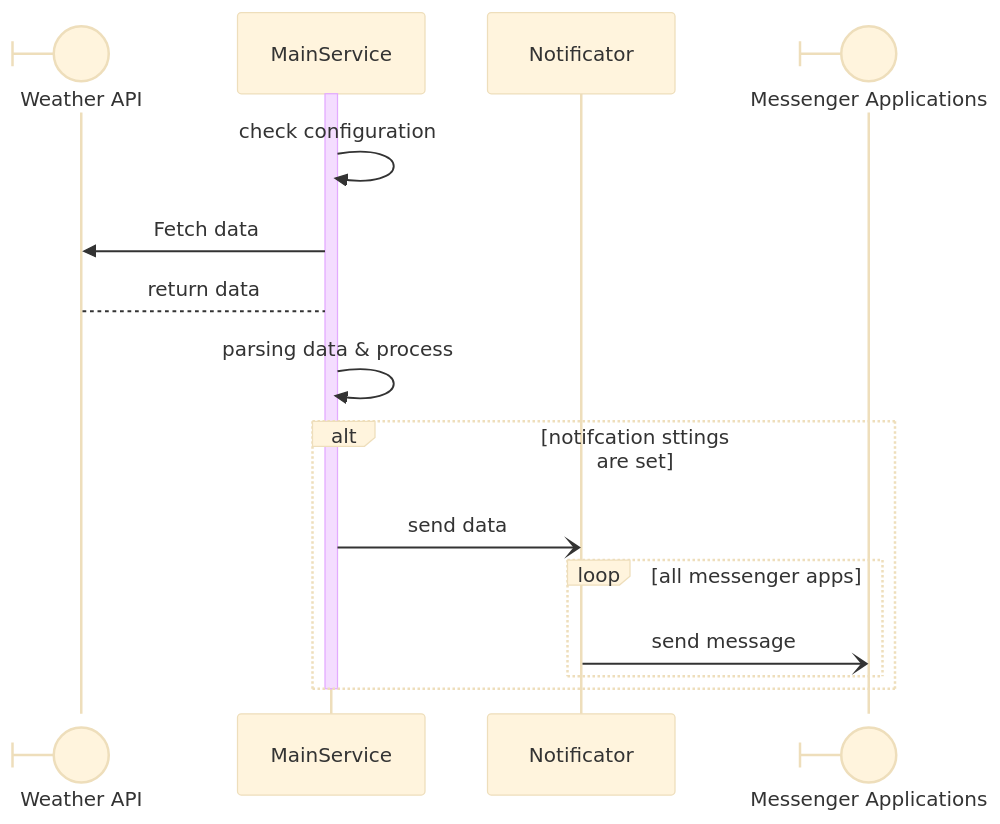
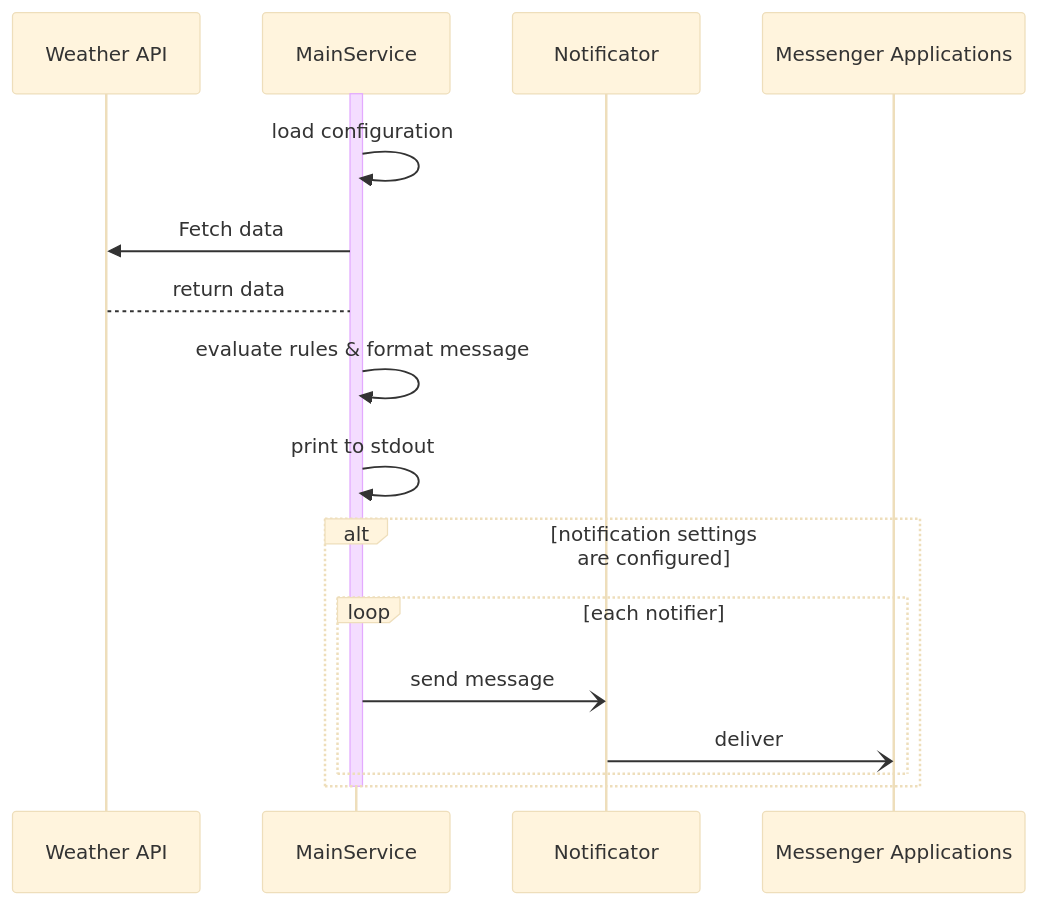
The diagram in README.md (ducminhgd/weather-bot), drawn with Mermaid (base theme) before and after one commit. The commit also changed other lines of this file and 8 other files, not shown here.

````diff
--- a/README.md
+++ b/README.md
@@ -80,20 +174,21 @@
 ```mermaid
 sequenceDiagram
-    participant Weather@{"type":"boundary"} as Weather API
+    participant Weather as Weather API
     participant MS as MainService
     participant Notificator
-    participant mApp@{"type":"boundary"} as Messenger Applications
+    participant mApp as Messenger Applications
 
     activate MS
-    MS ->> MS: check configuration
+    MS ->> MS: load configuration
     MS ->> Weather: Fetch data
     Weather --> MS: return data
-    MS ->> MS: parsing data & process
-    alt notifcation sttings are set
-        MS -) Notificator: send data
-        loop all messenger apps
-            Notificator -) mApp: send message
+    MS ->> MS: evaluate rules & format message
+    MS ->> MS: print to stdout
+    alt notification settings are configured
+        loop each notifier
+            MS -) Notificator: send message
+            Notificator -) mApp: deliver
         end
     end
     deactivate MS
 ```
````
